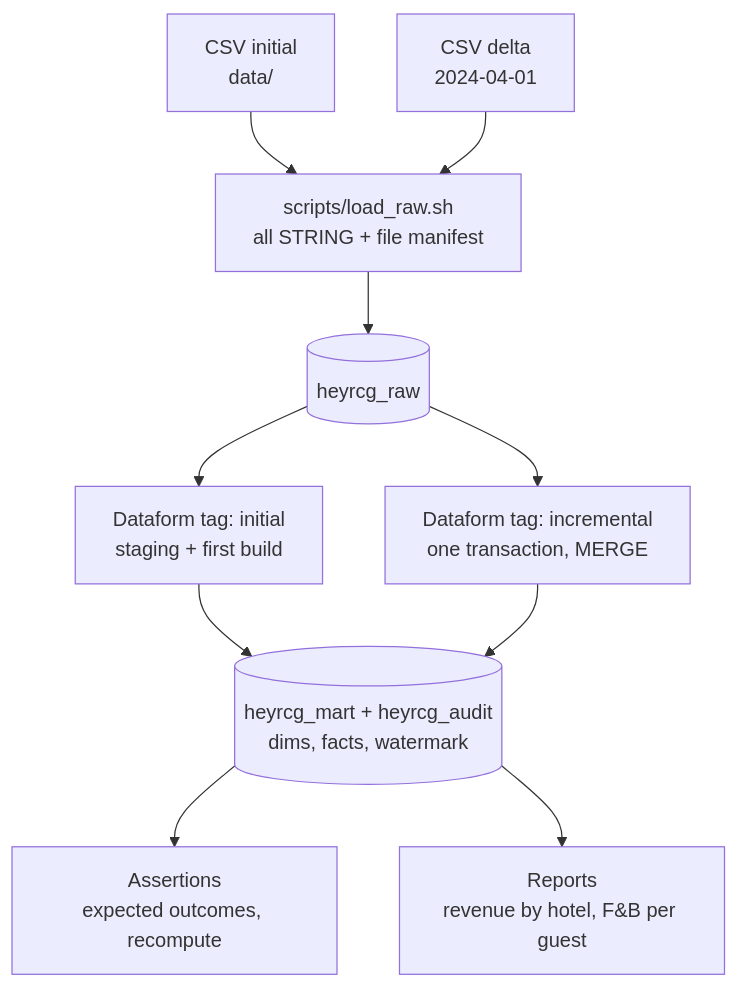
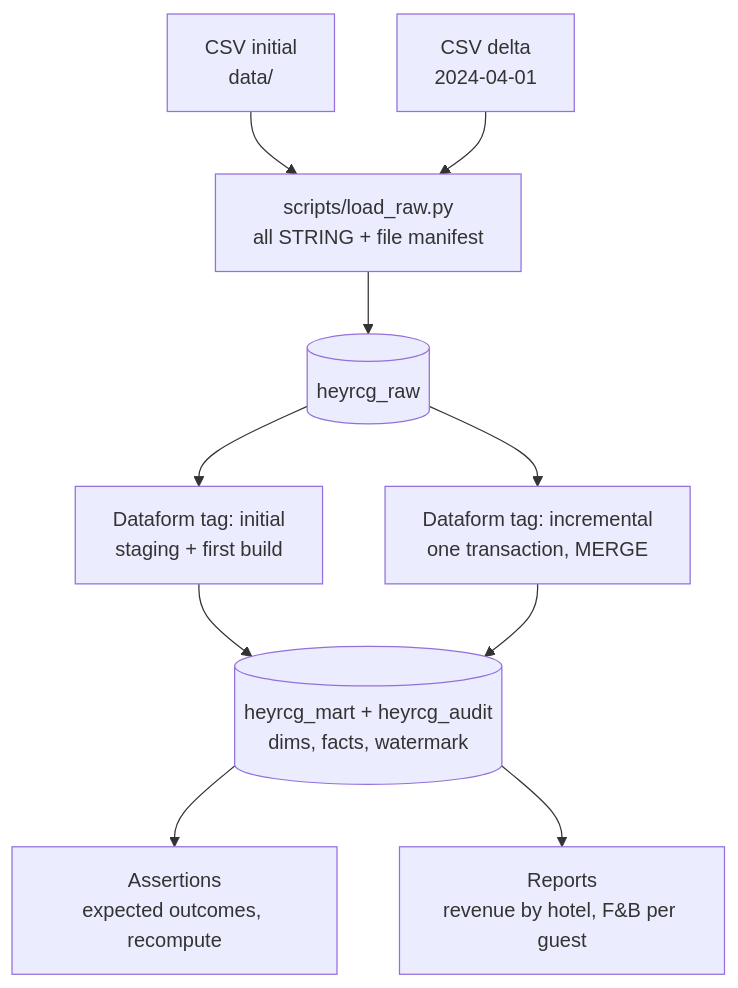
The diagram in README.md (faishalfaye/heyrcg-de-takehome), drawn with Mermaid before and after one commit. The commit also changed 15 other files, not shown here.

````diff
--- a/README.md
+++ b/README.md
@@ -8,12 +8,12 @@
 ```mermaid
 flowchart TD
-    A[CSV initial<br/>data/] --> L[scripts/load_raw.sh<br/>all STRING + file manifest]
+    A[CSV initial<br/>data/] --> L[scripts/load_raw.py<br/>all STRING + file manifest]
     B[CSV delta<br/>2024-04-01] --> L
     L --> R[(heyrcg_raw)]
     R --> I[Dataform tag: initial<br/>staging + first build]
     R --> N[Dataform tag: incremental<br/>one transaction, MERGE]
     I --> M[(heyrcg_mart + heyrcg_audit<br/>dims, facts, watermark)]
     N --> M
     M --> T[Assertions<br/>expected outcomes, recompute]
     M --> P[Reports<br/>revenue by hotel, F&B per guest]
 ```
````
